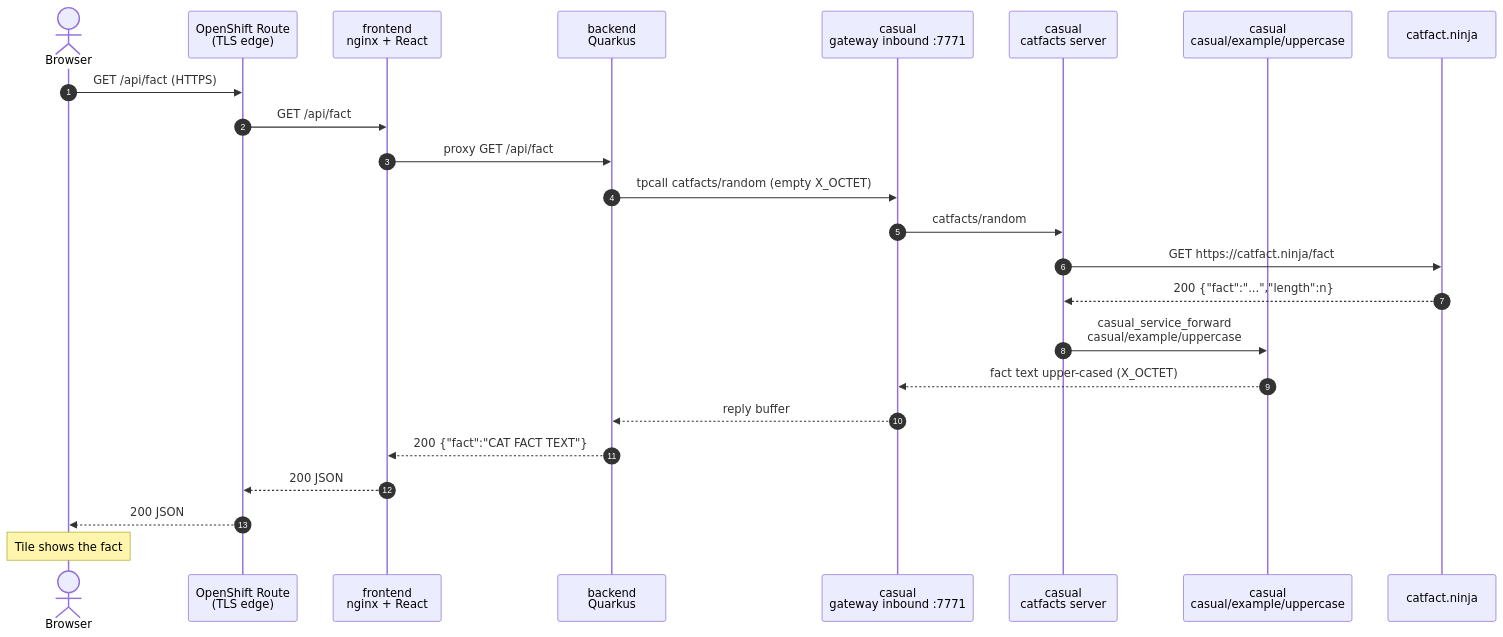
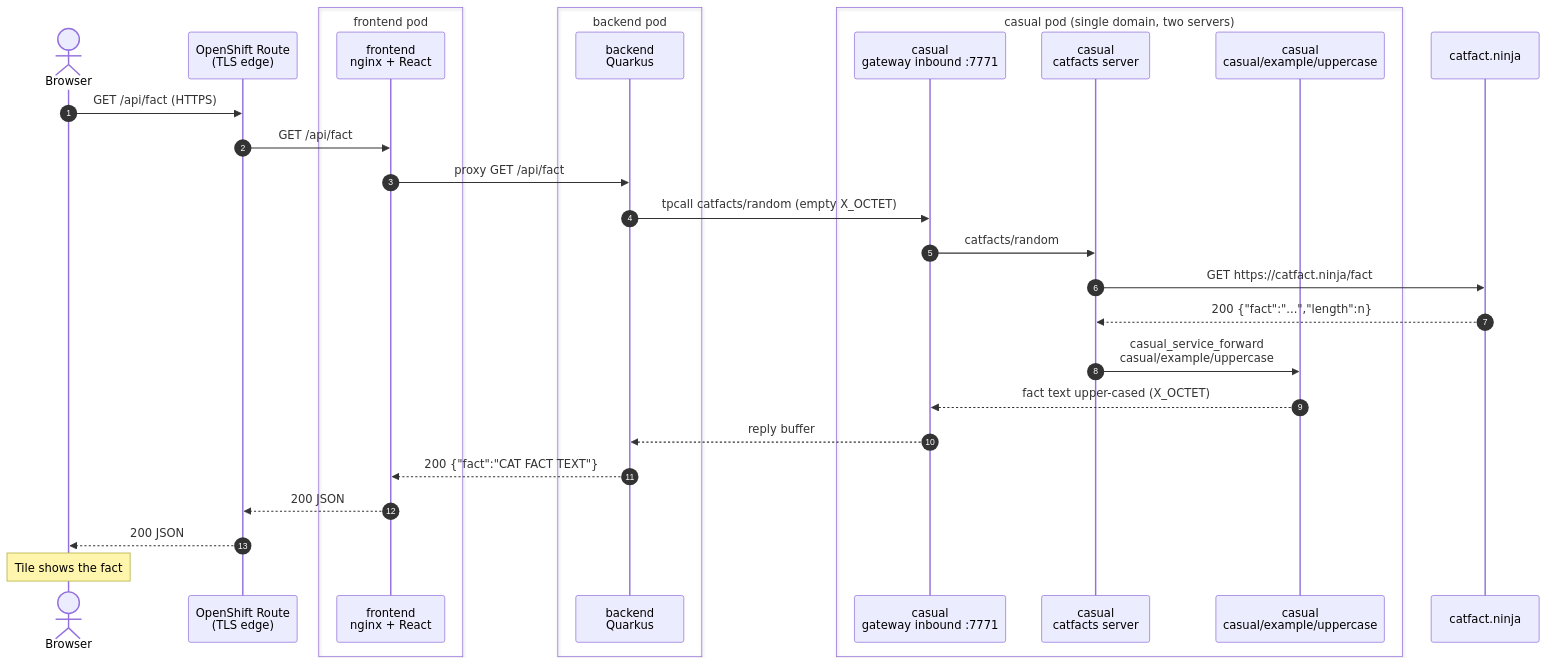
The diagram in frontend/src/assets/call-sequence.mmd (kjellmlarsson/casual-bob), drawn with Mermaid before and after one commit. The commit also changed 1 other file, not shown here.

Commit message:
docs: add pod grouping boxes to call sequence diagram

```diff
--- a/frontend/src/assets/call-sequence.mmd
+++ b/frontend/src/assets/call-sequence.mmd
@@ -1,25 +1,31 @@
 sequenceDiagram
     autonumber
     actor User as Browser
     participant Route as OpenShift Route<br/>(TLS edge)
+    box frontend pod
     participant FE as frontend<br/>nginx + React
+    end
+    box backend pod
     participant BE as backend<br/>Quarkus
+    end
+    box casual pod (single domain, two servers)
     participant GW as casual<br/>gateway inbound :7771
     participant CF as casual<br/>catfacts server
     participant UC as casual<br/>casual/example/uppercase
+    end
     participant API as catfact.ninja
 
     User->>Route: GET /api/fact (HTTPS)
     Route->>FE: GET /api/fact
     FE->>BE: proxy GET /api/fact
     BE->>GW: tpcall catfacts/random (empty X_OCTET)
     GW->>CF: catfacts/random
     CF->>API: GET https://catfact.ninja/fact
     API-->>CF: 200 {"fact":"...","length":n}
     CF->>UC: casual_service_forward<br/>casual/example/uppercase
     UC-->>GW: fact text upper-cased (X_OCTET)
     GW-->>BE: reply buffer
     BE-->>FE: 200 {"fact":"CAT FACT TEXT"}
     FE-->>Route: 200 JSON
     Route-->>User: 200 JSON
     Note over User: Tile shows the fact
```
